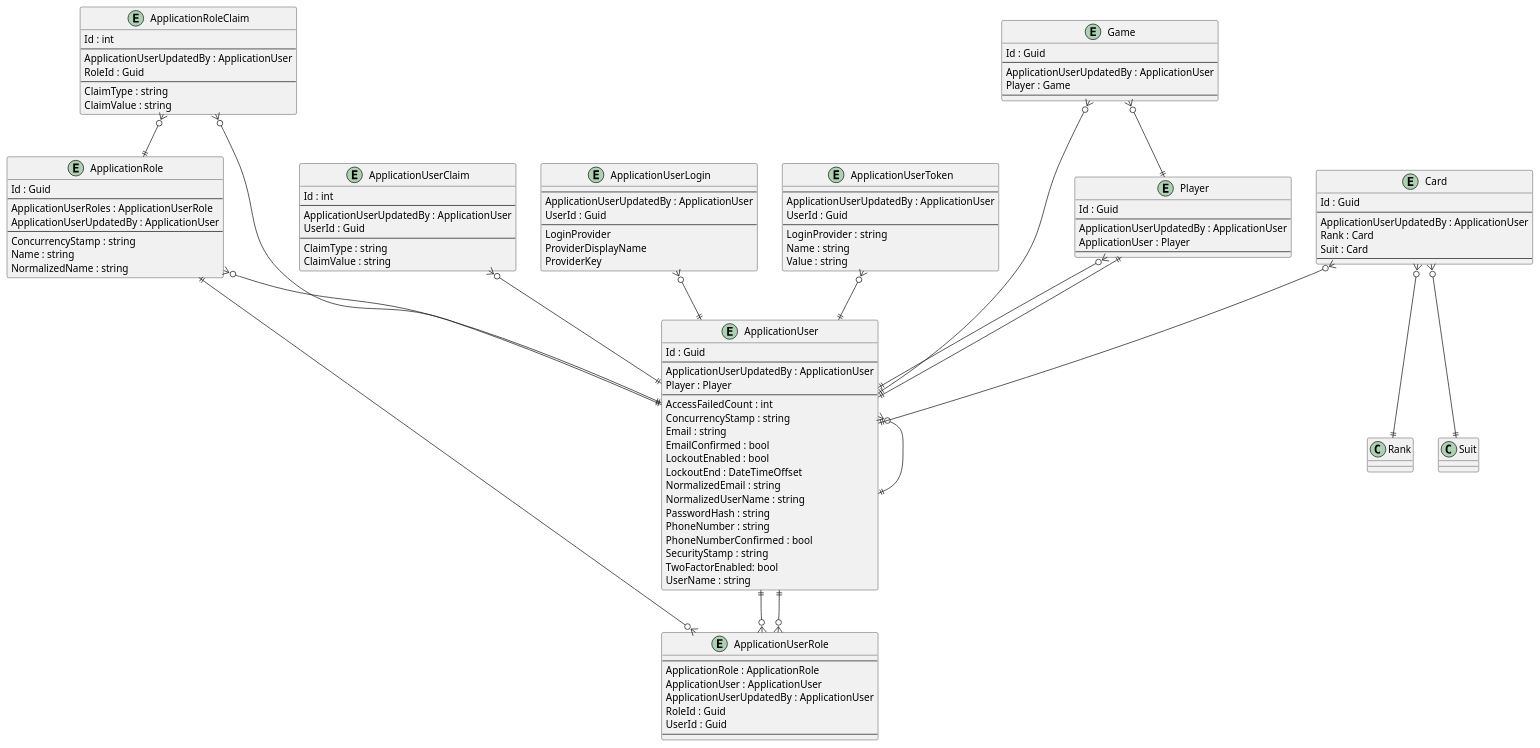
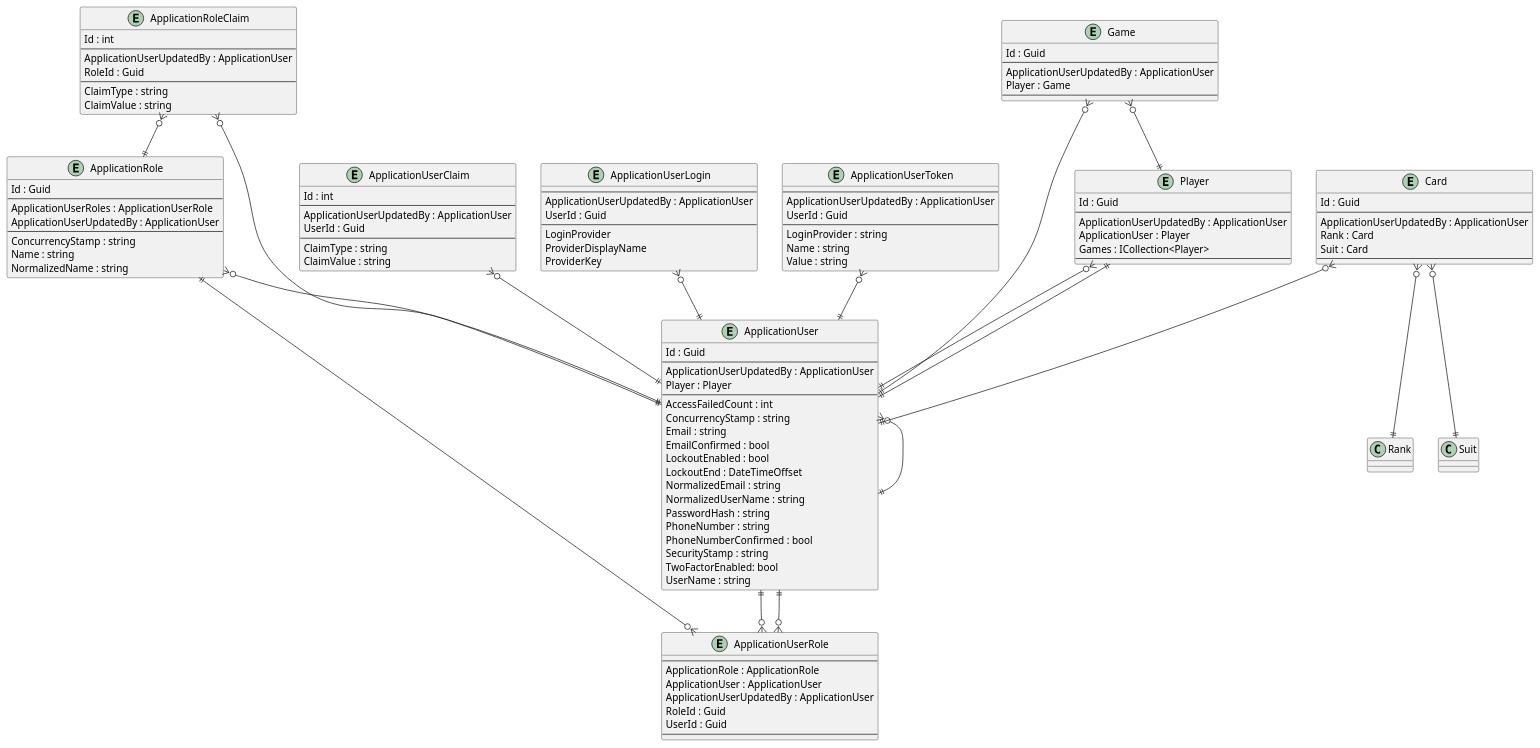
One commit to intrepion/intrepion_klondike-solitaire_csharp changed the diagram in .docs/Intrepion.KlondikeSolitaire.pu. Above: the diagram before and after it, drawn with PlantUML.

```diff
--- a/.docs/Intrepion.KlondikeSolitaire.pu
+++ b/.docs/Intrepion.KlondikeSolitaire.pu
@@ -1,140 +1,141 @@
 @startuml
 
 entity ApplicationRole {
     Id : Guid
     --
     ApplicationUserRoles : ApplicationUserRole
     ApplicationUserUpdatedBy : ApplicationUser
     --
     ConcurrencyStamp : string
     Name : string
     NormalizedName : string
 }
 
 entity ApplicationRoleClaim {
     Id : int
     --
     ApplicationUserUpdatedBy : ApplicationUser
     RoleId : Guid
     --
     ClaimType : string
     ClaimValue : string
 }
 
 entity ApplicationUser {
     Id : Guid
     --
     ApplicationUserUpdatedBy : ApplicationUser
     Player : Player
     ' ApplicationUserKeyCodePlaceholder
     --
     AccessFailedCount : int
     ConcurrencyStamp : string
     Email : string
     EmailConfirmed : bool
     LockoutEnabled : bool
     LockoutEnd : DateTimeOffset
     NormalizedEmail : string
     NormalizedUserName : string
     PasswordHash : string
     PhoneNumber : string
     PhoneNumberConfirmed : bool
     SecurityStamp : string
     TwoFactorEnabled: bool
     UserName : string
 }
 
 entity ApplicationUserClaim {
     Id : int
     --
     ApplicationUserUpdatedBy : ApplicationUser
     UserId : Guid
     --
     ClaimType : string
     ClaimValue : string
 }
 
 entity ApplicationUserLogin {
     --
     ApplicationUserUpdatedBy : ApplicationUser
     UserId : Guid
     --
     LoginProvider
     ProviderDisplayName
     ProviderKey
 }
 
 entity ApplicationUserRole {
     --
     ApplicationRole : ApplicationRole
     ApplicationUser : ApplicationUser
     ApplicationUserUpdatedBy : ApplicationUser
     RoleId : Guid
     UserId : Guid
     --
 }
 
 entity ApplicationUserToken {
     --
     ApplicationUserUpdatedBy : ApplicationUser
     UserId : Guid
     --
     LoginProvider : string
     Name : string
     Value : string
 }
 
 entity Card {
     Id : Guid
     --
     ApplicationUserUpdatedBy : ApplicationUser
     Rank : Card
     Suit : Card
     ' CardKeyCodePlaceholder
     --
     ' CardPropertyCodePlaceholder
 }
 
 entity Game {
     Id : Guid
     --
     ApplicationUserUpdatedBy : ApplicationUser
     Player : Game
     ' GameKeyCodePlaceholder
     --
     ' GamePropertyCodePlaceholder
 }
 
 entity Player {
     Id : Guid
     --
     ApplicationUserUpdatedBy : ApplicationUser
     ApplicationUser : Player
+    Games : ICollection<Player>
     ' PlayerKeyCodePlaceholder
     --
     ' PlayerPropertyCodePlaceholder
 }
 
 ' EntityCodePlaceholder
 
 ApplicationRole ||--o{ ApplicationUserRole
 ApplicationRole }o--|| ApplicationUser
 ApplicationRoleClaim }o--|| ApplicationRole
 ApplicationRoleClaim }o--|| ApplicationUser
 ApplicationUser }o--|| ApplicationUser
 ApplicationUser ||--o{ ApplicationUserRole
 ApplicationUserClaim }o--|| ApplicationUser
 ApplicationUserLogin }o--|| ApplicationUser
 ApplicationUserRole }o--|| ApplicationUser
 ApplicationUserToken }o--|| ApplicationUser
 
 Card }o--|| ApplicationUser
 Card }o--|| Rank
 Card }o--|| Suit
 Game }o--|| ApplicationUser
 Game }o--|| Player
 Player }o--|| ApplicationUser
 Player ||--|| ApplicationUser
 ' RelationshipCodePlaceholder
 
 @enduml
```
